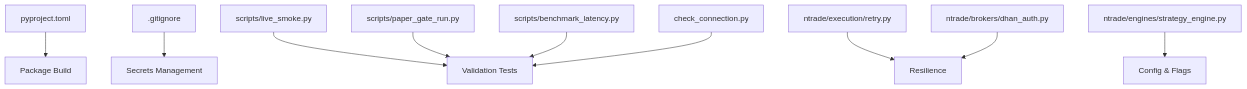
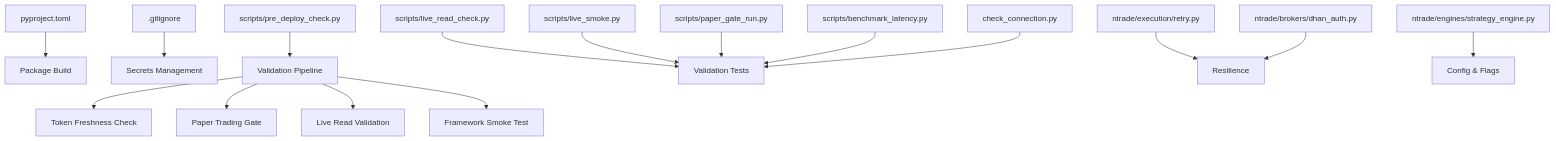
One commit to Ganesh-Kusundal/nTrade changed the fourth of 4 diagrams in .qoder/repowiki/en/content/Examples & Tutorials/Production Deployment Examples/Deployment Workflows.md. Above: the diagram before and after it, drawn with Mermaid. The commit also changed other lines of this file and 203 other files, not shown here.

````diff
--- a/.qoder/repowiki/en/content/Examples & Tutorials/Production Deployment Examples/Deployment Workflows.md
+++ b/.qoder/repowiki/en/content/Examples & Tutorials/Production Deployment Examples/Deployment Workflows.md
@@ -265,12 +390,18 @@
 ```mermaid
 graph TB
 PY["pyproject.toml"] --> PKG["Package Build"]
 GIT[".gitignore"] --> SEC["Secrets Management"]
-SM["scripts/live_smoke.py"] --> VT["Validation Tests"]
+PREDEPLOY["scripts/pre_deploy_check.py"] --> VALIDATION["Validation Pipeline"]
+VALIDATION --> TOKEN_CHECK["Token Freshness Check"]
+VALIDATION --> PAPER_GATE["Paper Trading Gate"]
+VALIDATION --> LIVE_READ["Live Read Validation"]
+VALIDATION --> FRAMEWORK_SMOKE["Framework Smoke Test"]
+LR["scripts/live_read_check.py"] --> VT["Validation Tests"]
+LS["scripts/live_smoke.py"] --> VT
 PG["scripts/paper_gate_run.py"] --> VT
 BL["scripts/benchmark_latency.py"] --> VT
 CC["check_connection.py"] --> VT
 RETRY["ntrade/execution/retry.py"] --> RT["Resilience"]
 AUTH["ntrade/brokers/dhan_auth.py"] --> RT
 STRAT["ntrade/engines/strategy_engine.py"] --> CFG["Config & Flags"]
 ```
````
